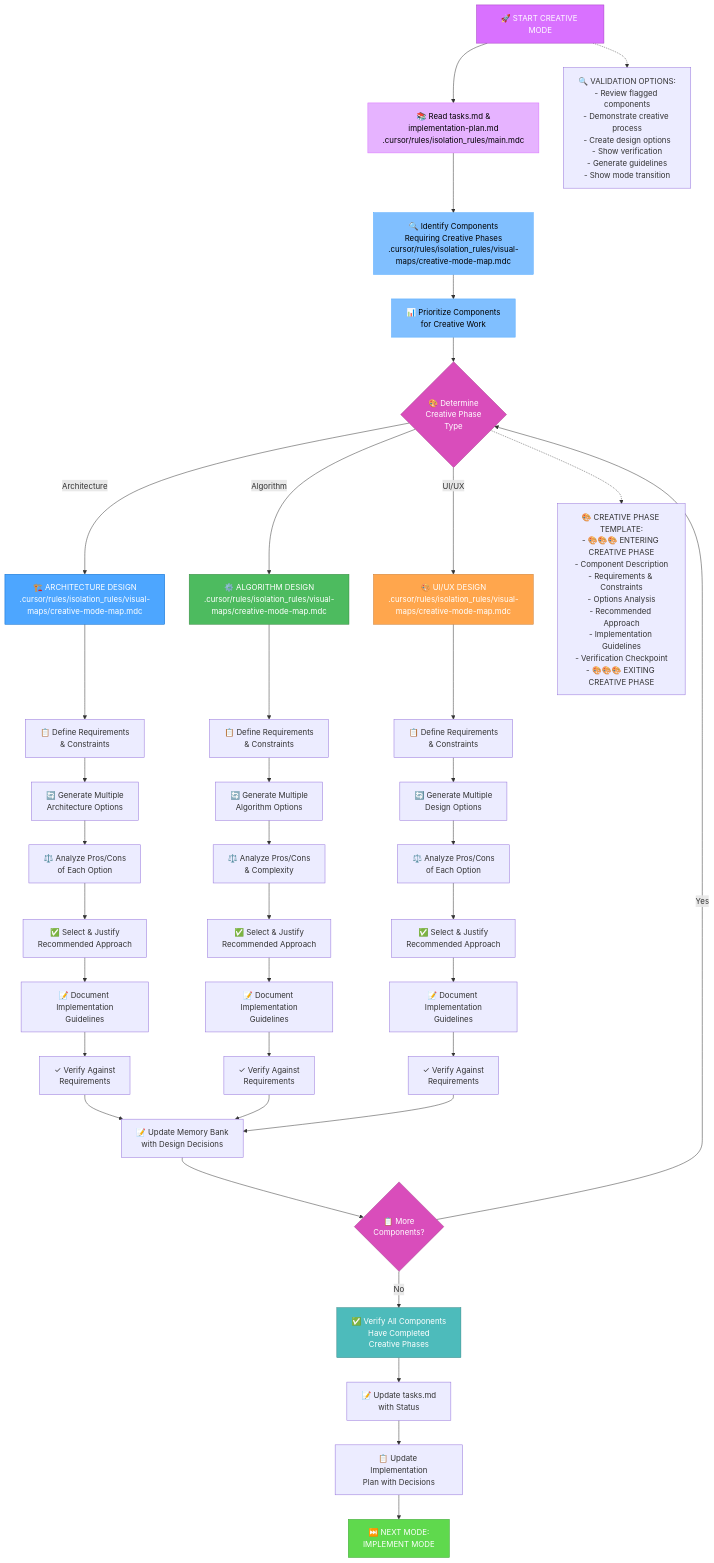
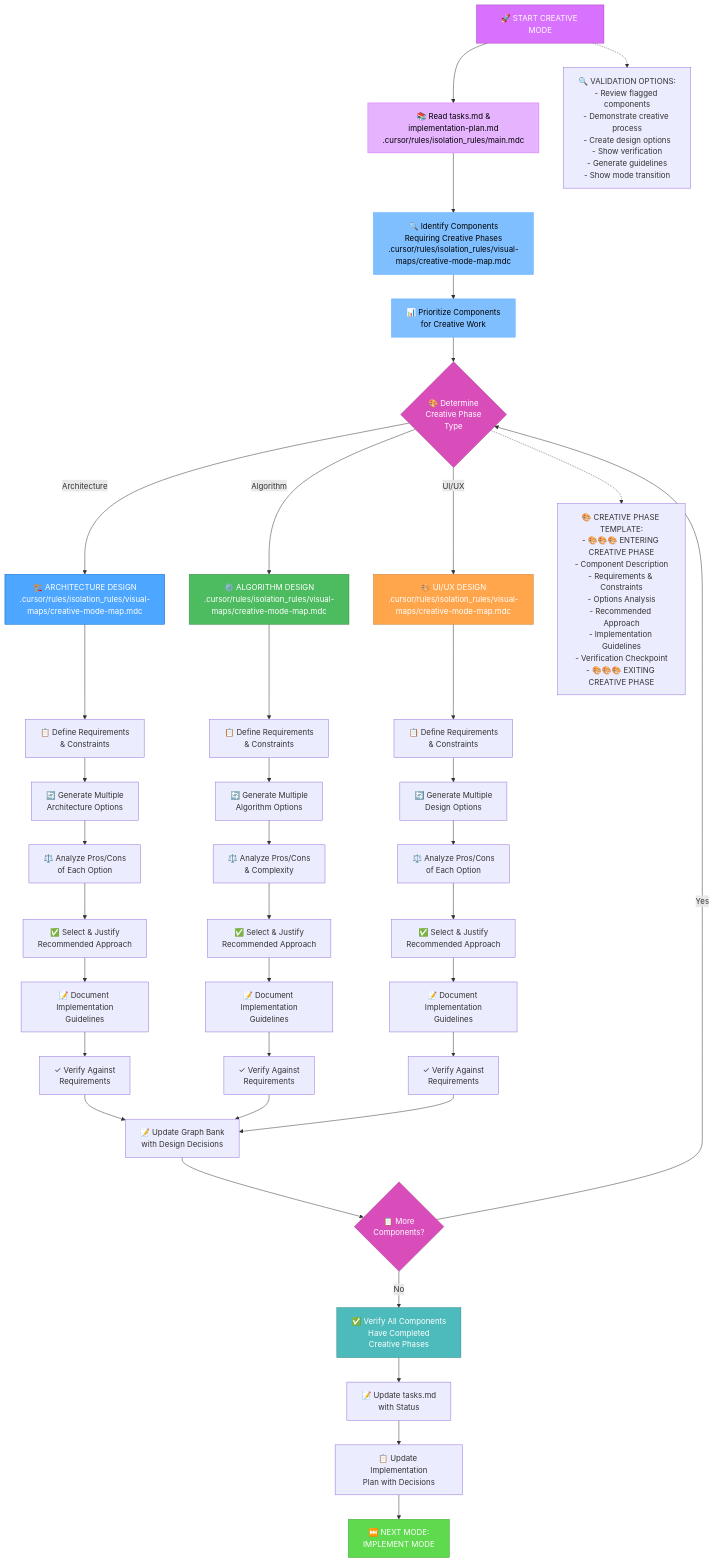
One commit to 7Spade/cursor-memory-bank changed the first of 12 diagrams in .cursor/rules/isolation_rules/Modes/creative-mode-detailed.mdc. Above: the diagram before and after it, drawn with Mermaid. The commit also changed other lines of this file and 11 other files, not shown here.

Commit message:
feat: Update documentation to reflect transition from MCP Memory Server to MCP Graph Server; revise command mappings, integration rules, and mode instructions for improved clarity and consistency across the system. Ensure all references are aligned with the new Graph Bank structure.

````diff
--- a/.cursor/rules/isolation_rules/Modes/creative-mode-detailed.mdc
+++ b/.cursor/rules/isolation_rules/Modes/creative-mode-detailed.mdc
@@ -9,70 +9,70 @@
 ```mermaid
 graph TD
     Start["🚀 START CREATIVE MODE"] --> ReadTasks["📚 Read tasks.md &<br>implementation-plan.md<br>.cursor/rules/isolation_rules/main.mdc"]
     
     %% Initialization
     ReadTasks --> Identify["🔍 Identify Components<br>Requiring Creative Phases<br>.cursor/rules/isolation_rules/visual-maps/creative-mode-map.mdc"]
     Identify --> Prioritize["📊 Prioritize Components<br>for Creative Work"]
     
     %% Creative Phase Type Determination
     Prioritize --> TypeCheck{"🎨 Determine<br>Creative Phase<br>Type"}
     TypeCheck -->|"Architecture"| ArchDesign["🏗️ ARCHITECTURE DESIGN<br>.cursor/rules/isolation_rules/visual-maps/creative-mode-map.mdc"]
     TypeCheck -->|"Algorithm"| AlgoDesign["⚙️ ALGORITHM DESIGN<br>.cursor/rules/isolation_rules/visual-maps/creative-mode-map.mdc"]
     TypeCheck -->|"UI/UX"| UIDesign["🎨 UI/UX DESIGN<br>.cursor/rules/isolation_rules/visual-maps/creative-mode-map.mdc"]
     
     %% Architecture Design Process
     ArchDesign --> ArchRequirements["📋 Define Requirements<br>& Constraints"]
     ArchRequirements --> ArchOptions["🔄 Generate Multiple<br>Architecture Options"]
     ArchOptions --> ArchAnalysis["⚖️ Analyze Pros/Cons<br>of Each Option"]
     ArchAnalysis --> ArchSelect["✅ Select & Justify<br>Recommended Approach"]
     ArchSelect --> ArchGuidelines["📝 Document Implementation<br>Guidelines"]
     ArchGuidelines --> ArchVerify["✓ Verify Against<br>Requirements"]
     
     %% Algorithm Design Process
     AlgoDesign --> AlgoRequirements["📋 Define Requirements<br>& Constraints"]
     AlgoRequirements --> AlgoOptions["🔄 Generate Multiple<br>Algorithm Options"]
     AlgoOptions --> AlgoAnalysis["⚖️ Analyze Pros/Cons<br>& Complexity"]
     AlgoAnalysis --> AlgoSelect["✅ Select & Justify<br>Recommended Approach"]
     AlgoSelect --> AlgoGuidelines["📝 Document Implementation<br>Guidelines"]
     AlgoGuidelines --> AlgoVerify["✓ Verify Against<br>Requirements"]
     
     %% UI/UX Design Process
     UIDesign --> UIRequirements["📋 Define Requirements<br>& Constraints"]
     UIRequirements --> UIOptions["🔄 Generate Multiple<br>Design Options"]
     UIOptions --> UIAnalysis["⚖️ Analyze Pros/Cons<br>of Each Option"]
     UIAnalysis --> UISelect["✅ Select & Justify<br>Recommended Approach"]
     UISelect --> UIGuidelines["📝 Document Implementation<br>Guidelines"]
     UIGuidelines --> UIVerify["✓ Verify Against<br>Requirements"]
     
     %% Verification & Update
-    ArchVerify & AlgoVerify & UIVerify --> UpdateMemoryBank["📝 Update Memory Bank<br>with Design Decisions"]
+    ArchVerify & AlgoVerify & UIVerify --> UpdateGraphBank["📝 Update Graph Bank<br>with Design Decisions"]
     
     %% Check for More Components
-    UpdateMemoryBank --> MoreComponents{"📋 More<br>Components?"}
+    UpdateGraphBank --> MoreComponents{"📋 More<br>Components?"}
     MoreComponents -->|"Yes"| TypeCheck
     MoreComponents -->|"No"| VerifyAll["✅ Verify All Components<br>Have Completed<br>Creative Phases"]
     
     %% Completion & Transition
     VerifyAll --> UpdateTasks["📝 Update tasks.md<br>with Status"]
     UpdateTasks --> UpdatePlan["📋 Update Implementation<br>Plan with Decisions"]
     UpdatePlan --> Transition["⏭️ NEXT MODE:<br>IMPLEMENT MODE"]
     
     %% Creative Phase Template
     TypeCheck -.-> Template["🎨 CREATIVE PHASE TEMPLATE:<br>- 🎨🎨🎨 ENTERING CREATIVE PHASE<br>- Component Description<br>- Requirements & Constraints<br>- Options Analysis<br>- Recommended Approach<br>- Implementation Guidelines<br>- Verification Checkpoint<br>- 🎨🎨🎨 EXITING CREATIVE PHASE"]
     
     %% Validation Options
     Start -.-> Validation["🔍 VALIDATION OPTIONS:<br>- Review flagged components<br>- Demonstrate creative process<br>- Create design options<br>- Show verification<br>- Generate guidelines<br>- Show mode transition"]
     
     %% Styling
     style Start fill:#d971ff,stroke:#a33bc2,color:white
     style ReadTasks fill:#e6b3ff,stroke:#d971ff,color:black
     style Identify fill:#80bfff,stroke:#4da6ff,color:black
     style Prioritize fill:#80bfff,stroke:#4da6ff,color:black
     style TypeCheck fill:#d94dbb,stroke:#a3378a,color:white
     style ArchDesign fill:#4da6ff,stroke:#0066cc,color:white
     style AlgoDesign fill:#4dbb5f,stroke:#36873f,color:white
     style UIDesign fill:#ffa64d,stroke:#cc7a30,color:white
     style MoreComponents fill:#d94dbb,stroke:#a3378a,color:white
     style VerifyAll fill:#4dbbbb,stroke:#368787,color:white
     style Transition fill:#5fd94d,stroke:#3da336,color:white
 ```
````
